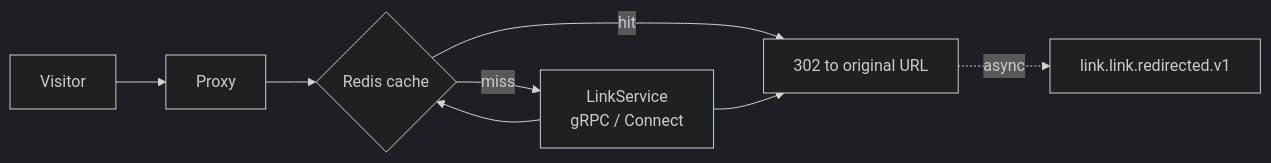
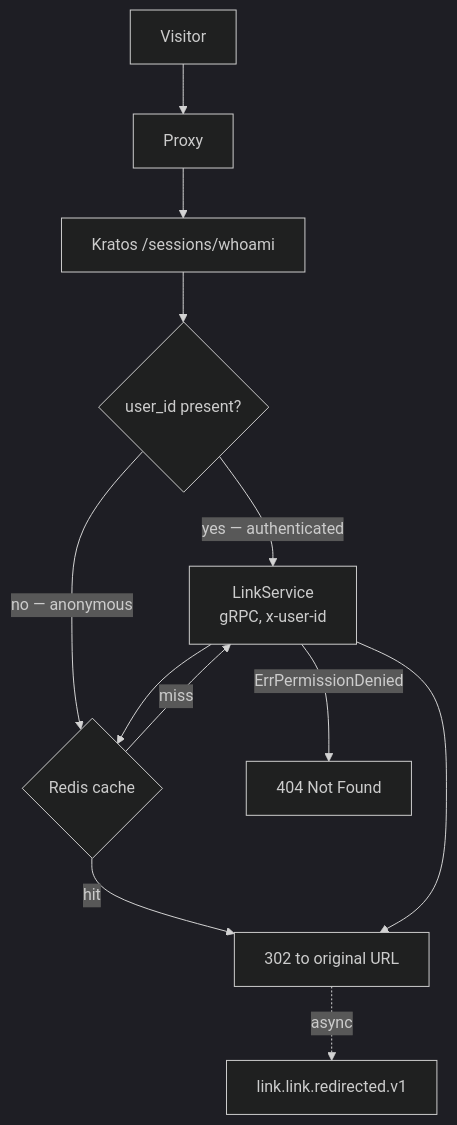
Before and after one commit to shortlink-org/architecture: the diagram in domains/Link/systems/redirect-system/services/ProxyService/index.mdx, drawn with Mermaid (dark theme). The commit also changed other lines of this file and 53 other files, not shown here.

````diff
--- a/domains/Link/systems/redirect-system/services/ProxyService/index.mdx
+++ b/domains/Link/systems/redirect-system/services/ProxyService/index.mdx
@@ -45,10 +49,14 @@
 ```mermaid
-flowchart LR
+flowchart TB
     V[Visitor] --> P[Proxy]
-    P --> C{"Redis cache"}
-    C -->|hit| R[302 to original URL]
-    C -->|miss| L["LinkService<br/>gRPC / Connect"]
+    P --> W["Kratos /sessions/whoami"]
+    W --> D{"user_id present?"}
+    D -->|"yes — authenticated"| L["LinkService<br/>gRPC, x-user-id"]
+    D -->|"no — anonymous"| C{"Redis cache"}
+    C -->|hit| R["302 to original URL"]
+    C -->|miss| L
     L --> C
     L --> R
+    L -->|"ErrPermissionDenied"| NF["404 Not Found"]
     R -.->|async| K["link.link.redirected.v1"]
 ```
````
